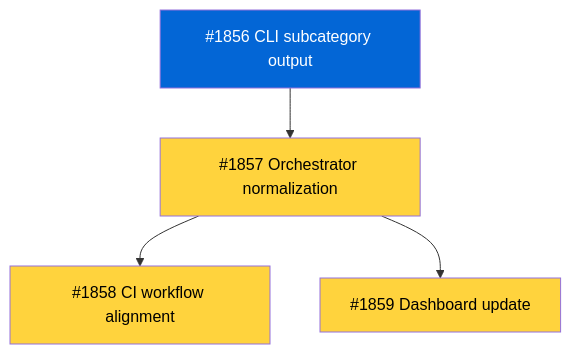
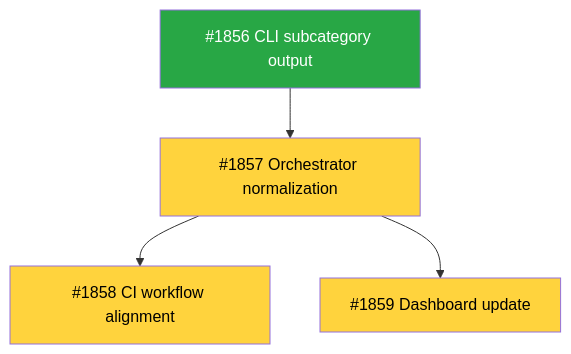
One commit to tsukumogami/tsuku changed the diagram in docs/designs/DESIGN-structured-error-subcategories.md. Above: the diagram before and after it, drawn with Mermaid. The commit also changed 2 other files, not shown here.

Commit message:
chore: update bookkeeping after #1856 completion

````diff
--- a/docs/designs/DESIGN-structured-error-subcategories.md
+++ b/docs/designs/DESIGN-structured-error-subcategories.md
@@ -49,21 +49,21 @@
 ```mermaid
 graph TD
     classDef done fill:#28a745,color:#fff
     classDef ready fill:#0366d6,color:#fff
     classDef blocked fill:#ffd33d,color:#000
     classDef needsDesign fill:#6f42c1,color:#fff
 
     1856["#1856 CLI subcategory output"]
     1857["#1857 Orchestrator normalization"]
     1858["#1858 CI workflow alignment"]
     1859["#1859 Dashboard update"]
 
     1856 --> 1857
     1857 --> 1858
     1857 --> 1859
 
-    class 1856 ready
+    class 1856 done
     class 1857 blocked
     class 1858 blocked
     class 1859 blocked
 ```
````
